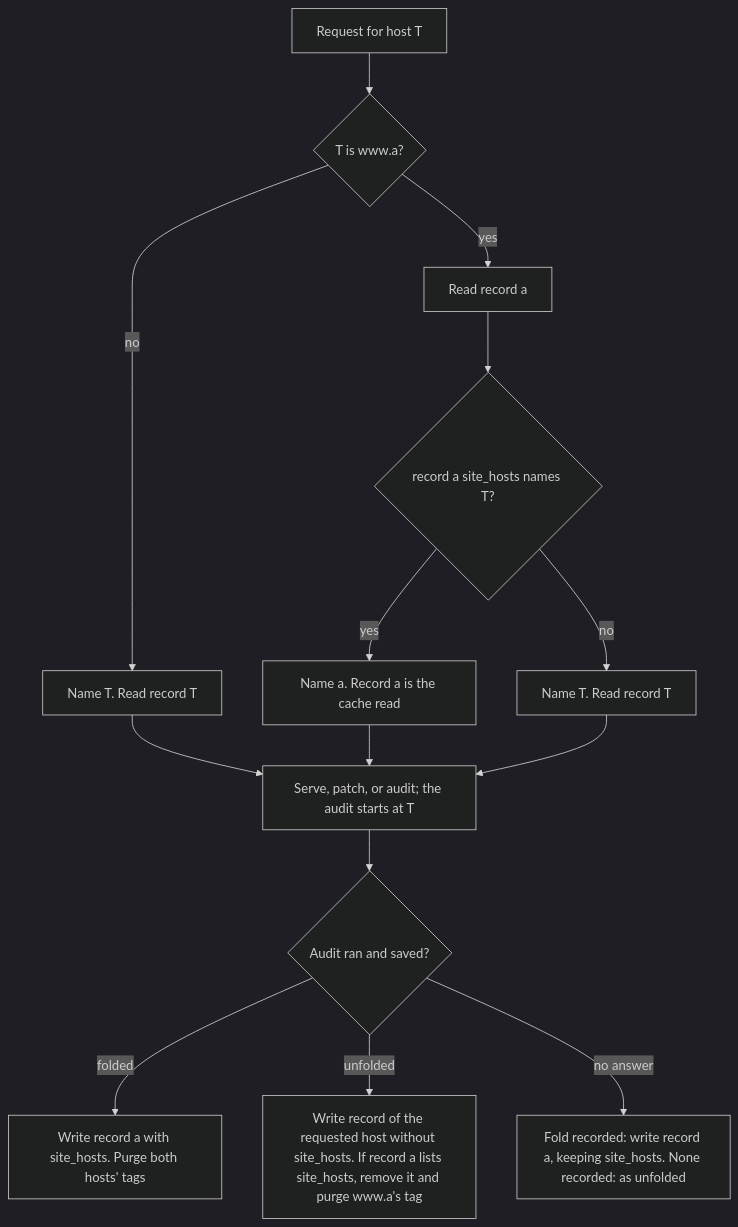
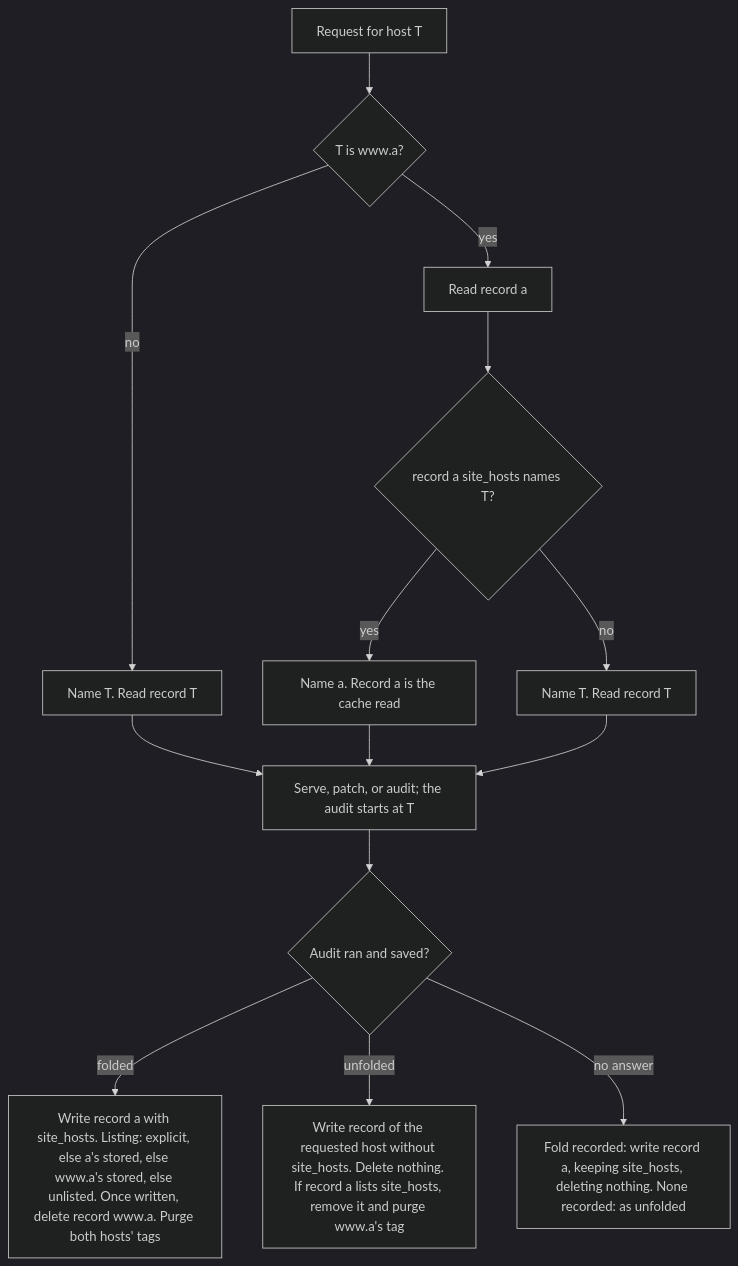
One commit to brettdavies/agentnative-site changed the second of 2 diagrams in docs/plans/2026-11-10-1608-feat-www-apex-site-fold-plan.md. Above: the diagram before and after it, drawn with Mermaid (dark theme). The commit also changed other lines of this file, not shown here.

First line of the commit message:
docs(plans): keep one stored record per site in the www and apex fold plan

````diff
--- a/docs/plans/2026-11-10-1608-feat-www-apex-site-fold-plan.md
+++ b/docs/plans/2026-11-10-1608-feat-www-apex-site-fold-plan.md
@@ -166,16 +167,16 @@
 ```mermaid
 flowchart TB
   Q[Request for host T] --> W{T is www.a?}
   W -->|no| K[Name T. Read record T]
   W -->|yes| RA[Read record a]
   RA --> FA{record a site_hosts names T?}
   FA -->|yes| KA[Name a. Record a is the cache read]
   FA -->|no| KT[Name T. Read record T]
   K --> T1[Serve, patch, or audit; the audit starts at T]
   KA --> T1
   KT --> T1
   T1 --> C{Audit ran and saved?}
-  C -->|folded| WA[Write record a with site_hosts. Purge both hosts' tags]
-  C -->|unfolded| WT[Write record of the requested host without site_hosts. If record a lists site_hosts, remove it and purge www.a's tag]
-  C -->|no answer| WN[Fold recorded: write record a, keeping site_hosts. None recorded: as unfolded]
+  C -->|folded| WA[Write record a with site_hosts. Listing: explicit, else a's stored, else www.a's stored, else unlisted. Once written, delete record www.a. Purge both hosts' tags]
+  C -->|unfolded| WT[Write record of the requested host without site_hosts. Delete nothing. If record a lists site_hosts, remove it and purge www.a's tag]
+  C -->|no answer| WN[Fold recorded: write record a, keeping site_hosts, deleting nothing. None recorded: as unfolded]
 ```
````
